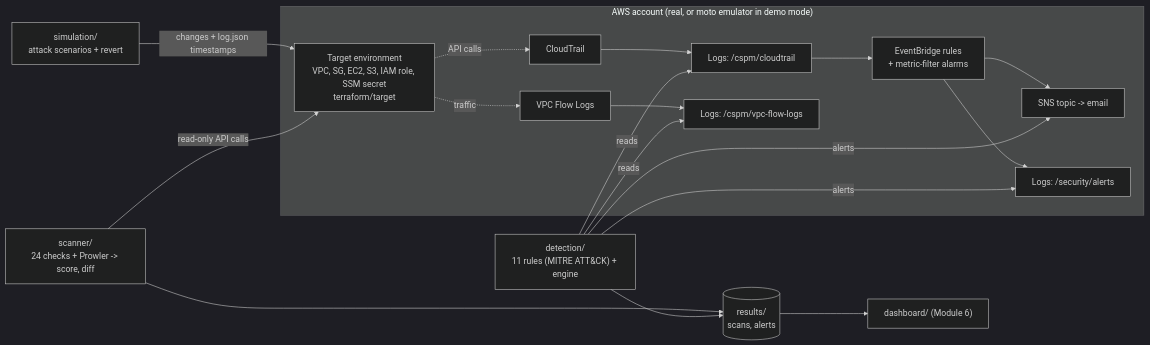
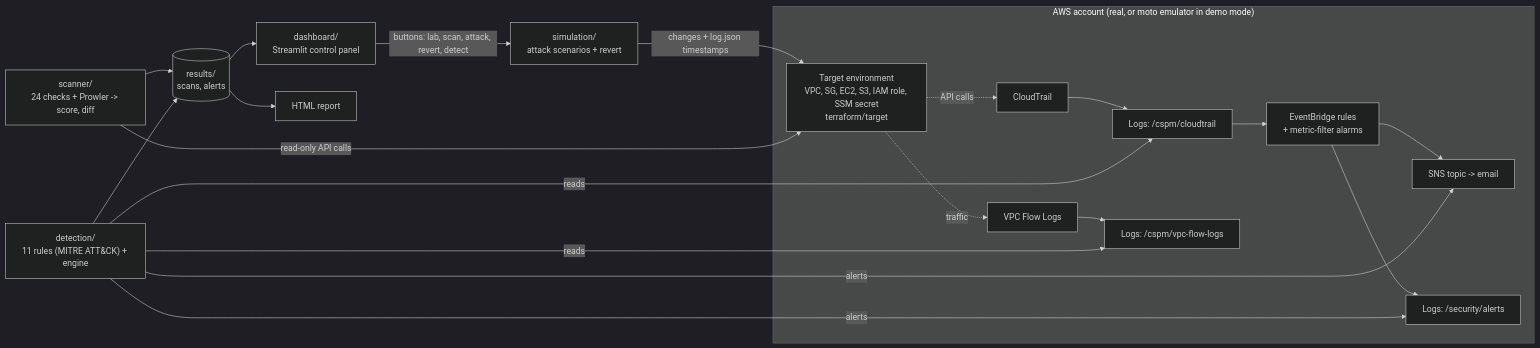
One commit to saswat017/aws-cspm-threat-detection changed the diagram in README.md. Above: the diagram before and after it, drawn with Mermaid (dark theme). The commit also changed other lines of this file and 11 other files, not shown here.

First line of the commit message:
Module 6: Streamlit dashboard with controls and HTML assessment report

````diff
--- a/README.md
+++ b/README.md
@@ -16,24 +16,26 @@
 ```mermaid
 flowchart LR
     subgraph AWS["AWS account (real, or moto emulator in demo mode)"]
         T["Target environment<br/>VPC, SG, EC2, S3, IAM role, SSM secret<br/>terraform/target"]
         CT["CloudTrail"] --> CTL["Logs: /cspm/cloudtrail"]
         FL["VPC Flow Logs"] --> FLL["Logs: /cspm/vpc-flow-logs"]
         EB["EventBridge rules<br/>+ metric-filter alarms"]
         SNS["SNS topic -> email"]
         AL["Logs: /security/alerts"]
         T -. API calls .-> CT
         T -. traffic .-> FL
         CTL --> EB --> SNS
         EB --> AL
     end
     SIM["simulation/<br/>attack scenarios + revert"] -->|"changes + log.json timestamps"| T
     SCAN["scanner/<br/>24 checks + Prowler -> score, diff"] -->|"read-only API calls"| T
     DET["detection/<br/>11 rules (MITRE ATT&CK) + engine"] -->|reads| CTL
     DET -->|reads| FLL
     DET -->|alerts| AL
     DET -->|alerts| SNS
     SCAN --> RES[("results/<br/>scans, alerts")]
     DET --> RES
-    RES --> DASH["dashboard/ (Module 6)"]
+    RES --> DASH["dashboard/<br/>Streamlit control panel"]
+    DASH -->|"buttons: lab, scan, attack, revert, detect"| SIM
+    RES --> REP["HTML report"]
 ```
````
